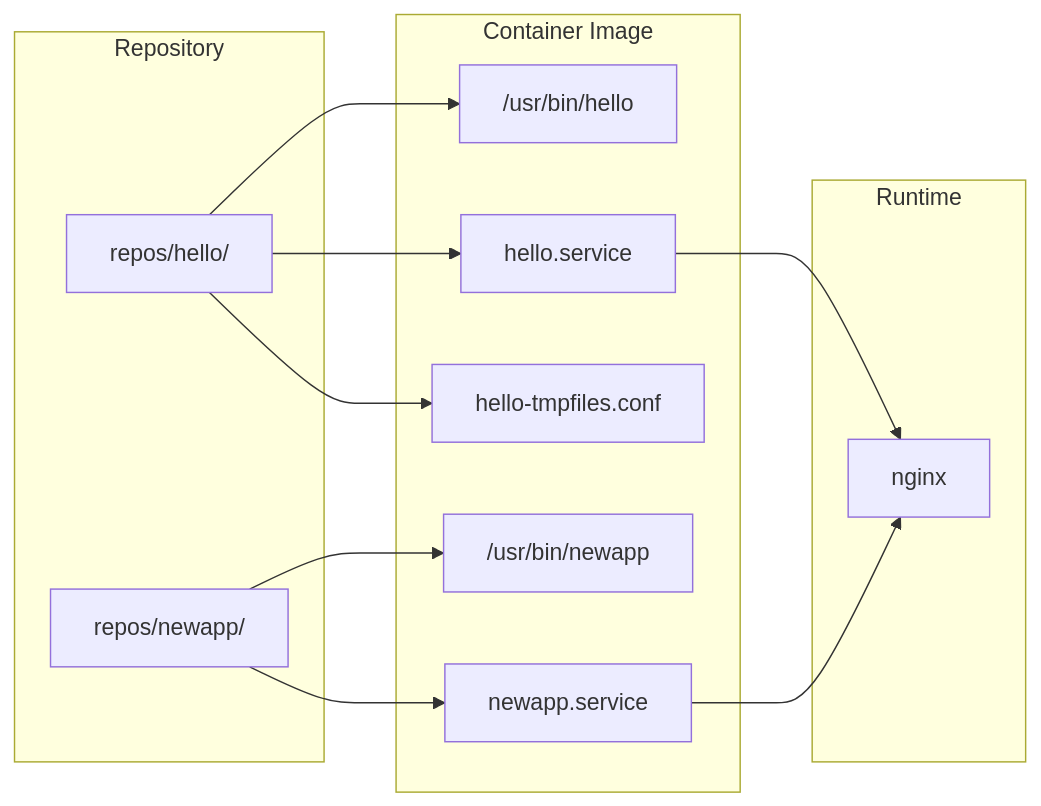
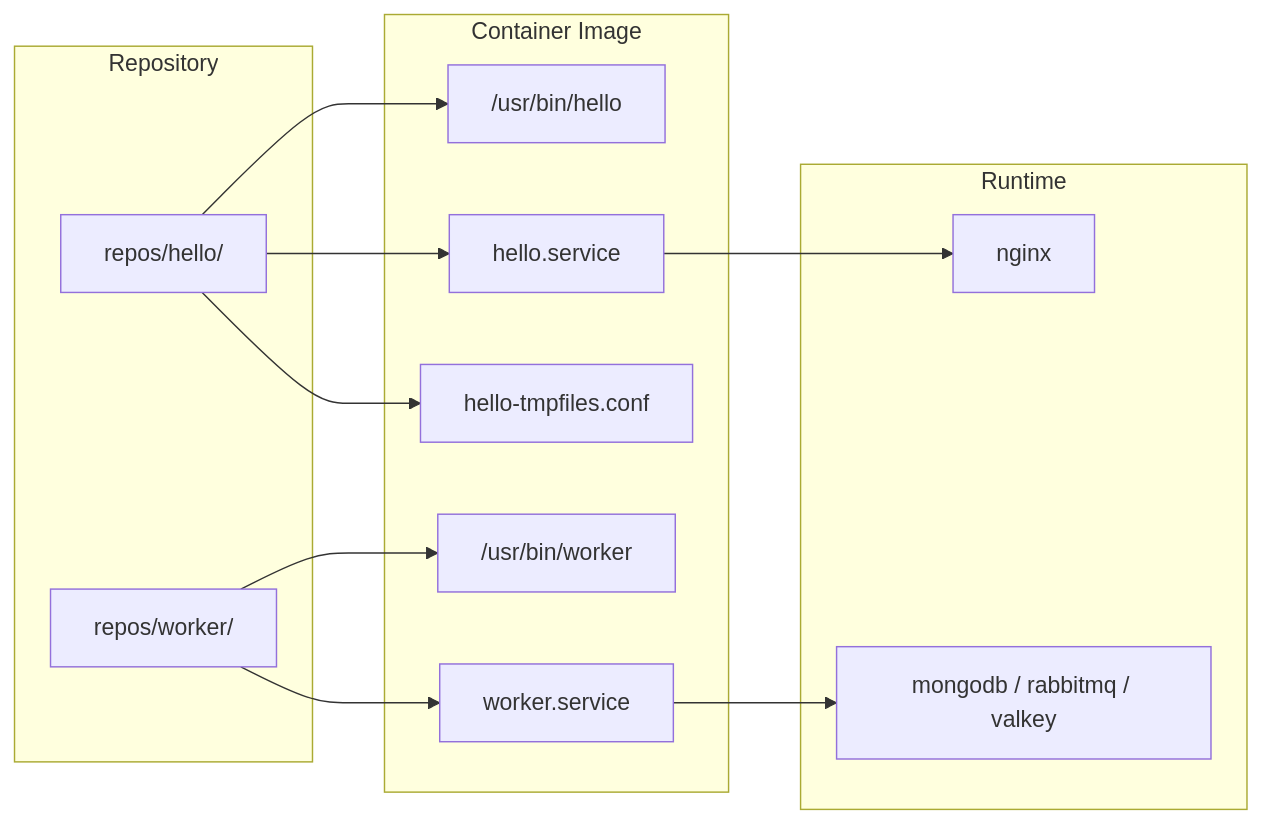
Before and after one commit to duyhenryer/bootc-testboot: the sixth of 7 diagrams in docs/project/001-architecture-overview.md, drawn with Mermaid. The commit also changed other lines of this file and 9 other files, not shown here.

````diff
--- a/docs/project/001-architecture-overview.md
+++ b/docs/project/001-architecture-overview.md
@@ -264,20 +264,20 @@
 ```mermaid
 flowchart LR
     subgraph Repo["Repository"]
         A[repos/hello/]
-        B[repos/newapp/]
+        B[repos/worker/]
     end
 
     subgraph Image["Container Image"]
         A --> BIN["/usr/bin/hello"]
         A --> SVC["hello.service"]
         A --> TMP["hello-tmpfiles.conf"]
-        B --> BIN2["/usr/bin/newapp"]
-        B --> SVC2["newapp.service"]
+        B --> BIN2["/usr/bin/worker"]
+        B --> SVC2["worker.service"]
     end
 
     subgraph Runtime["Runtime"]
         SVC --> NGINX[nginx]
-        SVC2 --> NGINX
+        SVC2 --> INFRA["mongodb / rabbitmq / valkey"]
     end
 ```
````
